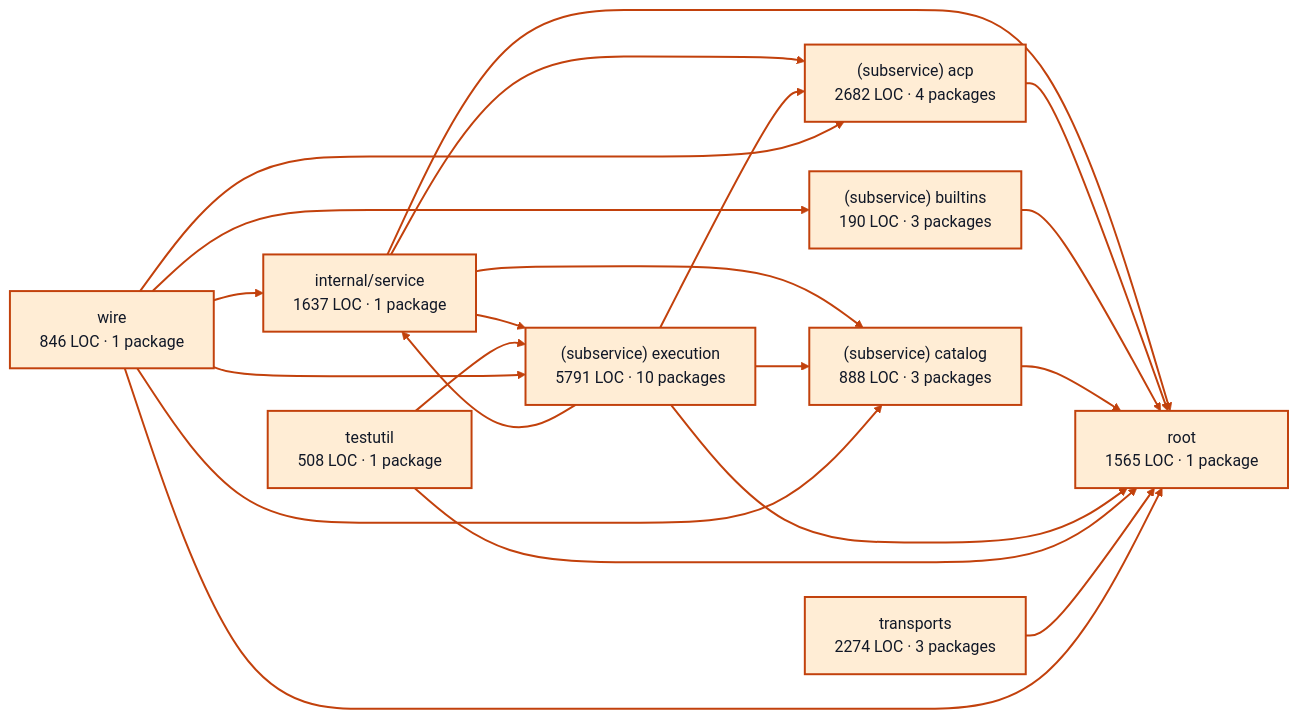
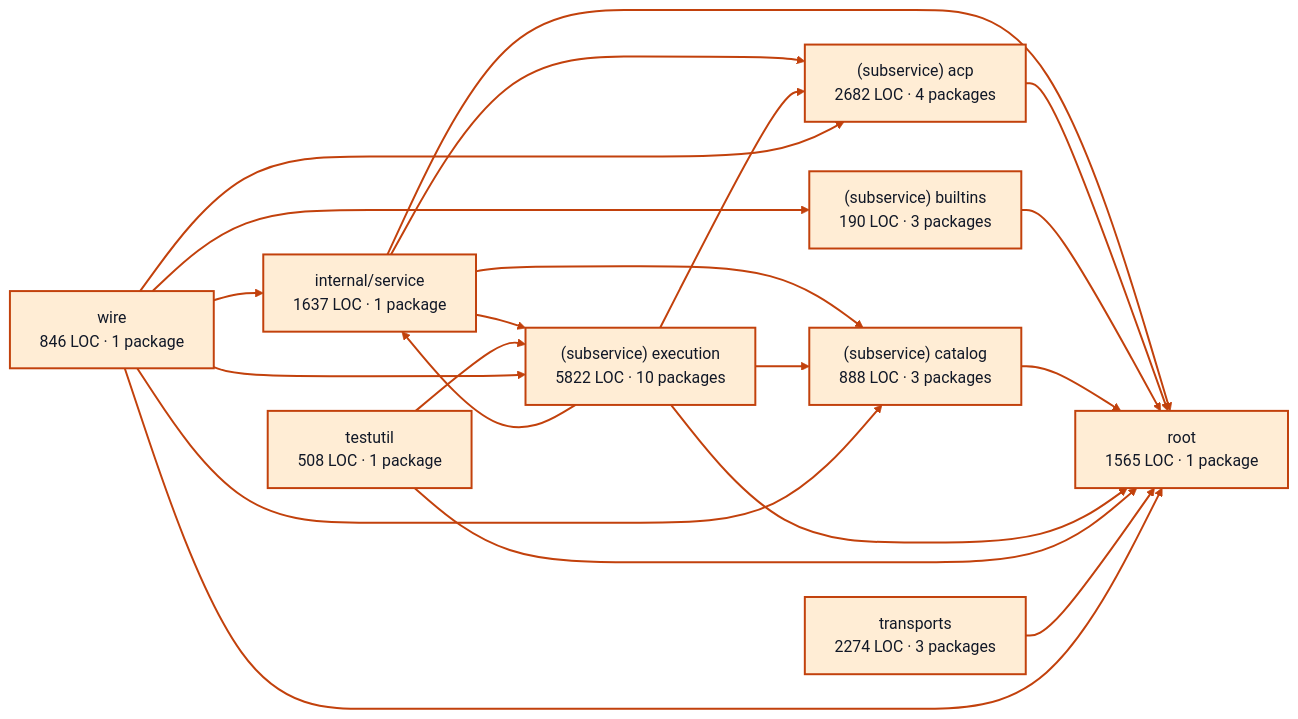
Before and after one commit to portpowered/you-agent-factory: the diagram in docs/architecture/visualizations/services/providers.md, drawn with Mermaid (neutral theme). The commit also changed other lines of this file and 20 other files, not shown here.

Commit message:
docs: refresh backend architecture visualizations

````diff
--- a/docs/architecture/visualizations/services/providers.md
+++ b/docs/architecture/visualizations/services/providers.md
@@ -11,42 +11,42 @@
 ```mermaid
 flowchart LR
   p0["internal/service<br/>1637 LOC · 1 package"]
   p1["(subservice) acp<br/>2682 LOC · 4 packages"]
   p2["(subservice) builtins<br/>190 LOC · 3 packages"]
   p3["(subservice) catalog<br/>888 LOC · 3 packages"]
-  p4["(subservice) execution<br/>5791 LOC · 10 packages"]
+  p4["(subservice) execution<br/>5822 LOC · 10 packages"]
   p5["testutil<br/>508 LOC · 1 package"]
   p6["root<br/>1565 LOC · 1 package"]
   p7["transports<br/>2274 LOC · 3 packages"]
   p8["wire<br/>846 LOC · 1 package"]
   p0 --> p1
   p0 --> p3
   p0 --> p4
   p0 --> p6
   p1 --> p6
   p2 --> p6
   p3 --> p6
   p4 --> p0
   p4 --> p1
   p4 --> p3
   p4 --> p6
   p5 --> p4
   p5 --> p6
   p7 --> p6
   p8 --> p0
   p8 --> p1
   p8 --> p2
   p8 --> p3
   p8 --> p4
   p8 --> p6
   style p0 fill:#ffedd5,stroke:#c2410c,stroke-width:2px,color:#111827
   style p1 fill:#ffedd5,stroke:#c2410c,stroke-width:2px,color:#111827
   style p2 fill:#ffedd5,stroke:#c2410c,stroke-width:2px,color:#111827
   style p3 fill:#ffedd5,stroke:#c2410c,stroke-width:2px,color:#111827
   style p4 fill:#ffedd5,stroke:#c2410c,stroke-width:2px,color:#111827
   style p5 fill:#ffedd5,stroke:#c2410c,stroke-width:2px,color:#111827
   style p6 fill:#ffedd5,stroke:#c2410c,stroke-width:2px,color:#111827
   style p7 fill:#ffedd5,stroke:#c2410c,stroke-width:2px,color:#111827
   style p8 fill:#ffedd5,stroke:#c2410c,stroke-width:2px,color:#111827
   linkStyle default stroke:#c2410c,stroke-width:2px
 ```
````
